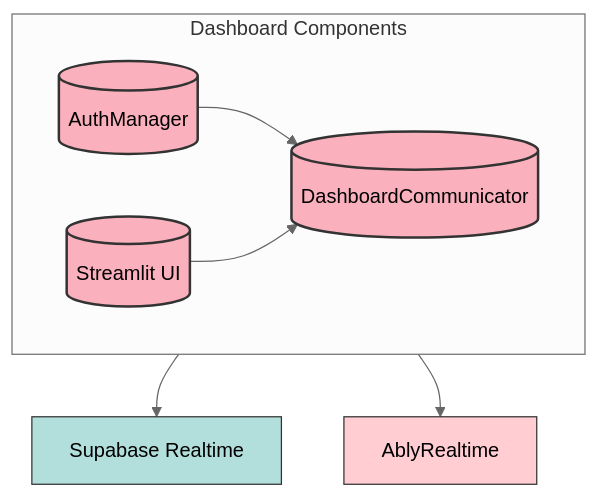
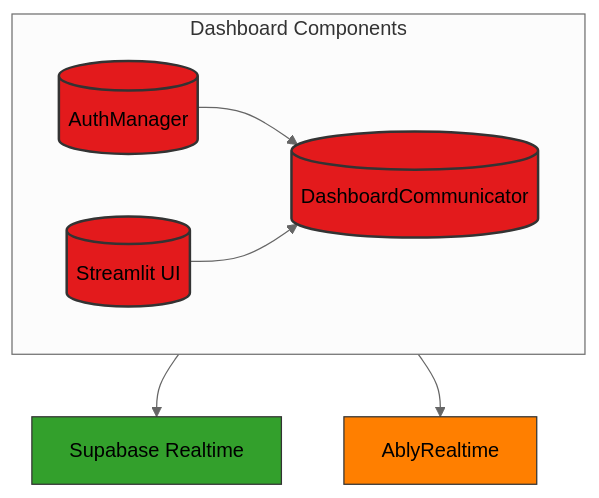
The second of 2 diagrams in README.md (DanielVelmo/options_pricing_dashboard), drawn with Mermaid (neutral theme) before and after one commit. The commit also changed other lines of this file, not shown here.

````diff
--- a/README.md
+++ b/README.md
@@ -75,20 +75,20 @@
 ```mermaid
 flowchart TB
   subgraph DashboardComponents [Dashboard Components]
     direction LR
     AM[(AuthManager)]
     DC[(DashboardCommunicator)]
     UI[(Streamlit UI)]
   end
 
   AM --> DC
   UI --> DC
   DC --> SB2[Supabase Realtime]
   DC --> AB2[AblyRealtime]
 
-  style AM  fill:#FBB1BD,stroke:#333,stroke-width:2px
-  style DC  fill:#FBB1BD,stroke:#333,stroke-width:2px
-  style UI  fill:#FBB1BD,stroke:#333,stroke-width:2px
-  style SB2 fill:#B2DFDB,stroke:#333,stroke-width:1px
-  style AB2 fill:#FFCDD2,stroke:#333,stroke-width:1px
+  style AM  fill:#E31A1C,stroke:#333,stroke-width:2px
+  style DC  fill:#E31A1C,stroke:#333,stroke-width:2px
+  style UI  fill:#E31A1C,stroke:#333,stroke-width:2px
+  style SB2 fill:#33A02C,stroke:#333,stroke-width:1px
+  style AB2 fill:#FF7F00,stroke:#333,stroke-width:1px
 ```
````
